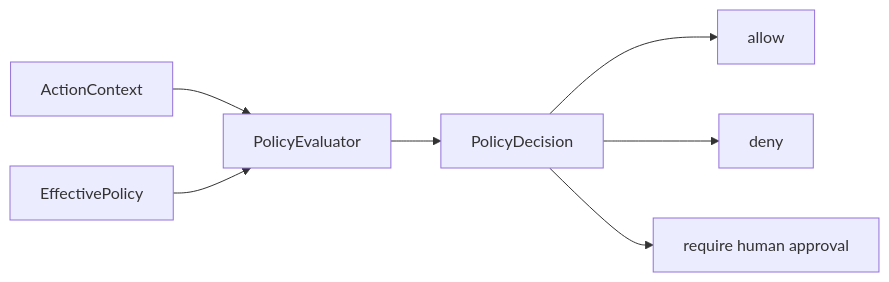
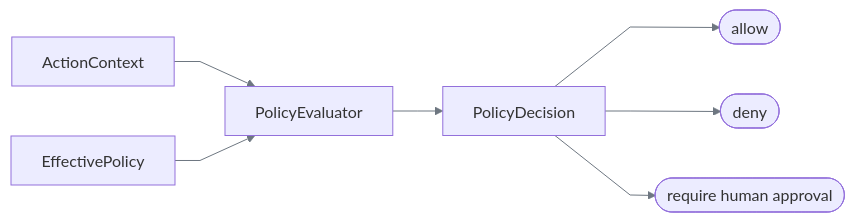
One commit to SivaTSS/replay-forge changed the fourth of 6 diagrams in docs/data-models.md. Above: the diagram before and after it, drawn with Mermaid. The commit also changed other lines of this file and 7 other files, not shown here.

Commit message:
docs: standardize Mermaid diagrams

````diff
--- a/docs/data-models.md
+++ b/docs/data-models.md
@@ -155,9 +162,11 @@
 ```mermaid
+%%{init: {"htmlLabels":false,"themeVariables":{"lineColor":"#6E7781","signalColor":"#6E7781"},"flowchart":{"curve":"linear"},"sequence":{"wrap":true}}}%%
 flowchart LR
     C[ActionContext] --> E[PolicyEvaluator]
     L[EffectivePolicy] --> E
     E --> D[PolicyDecision]
-    D --> A[allow]
-    D --> N[deny]
-    D --> H[require human approval]
+    D --> A([allow])
+    D --> N([deny])
+    D --> H([require human approval])
+
 ```
````
